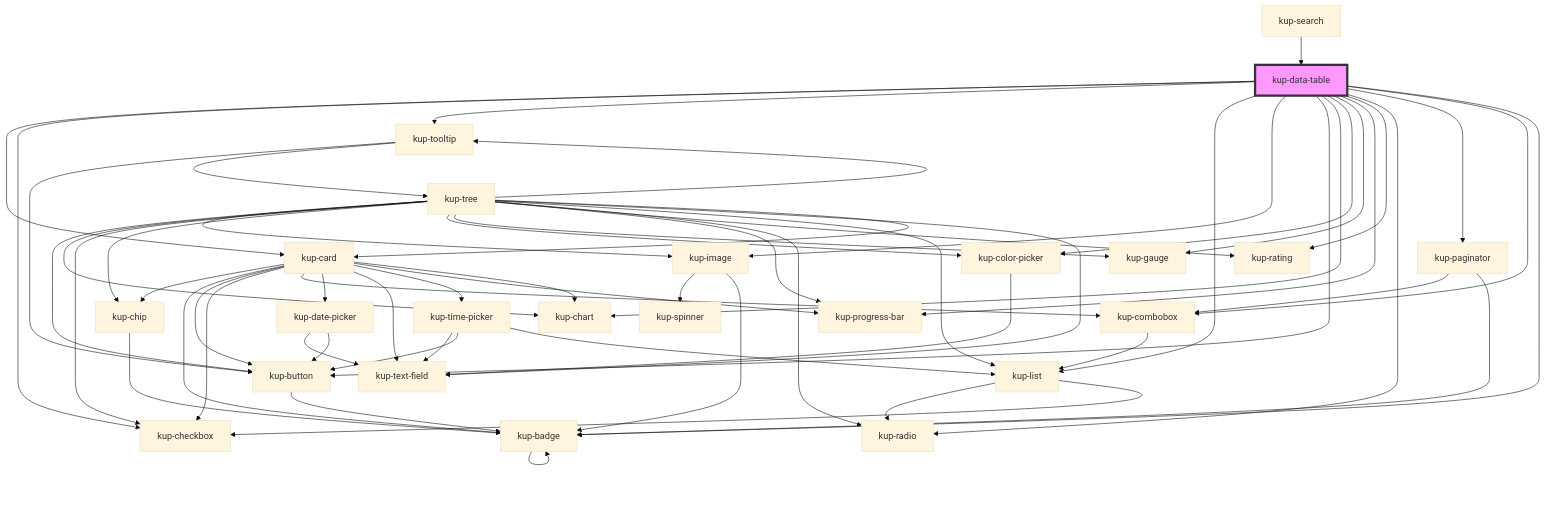
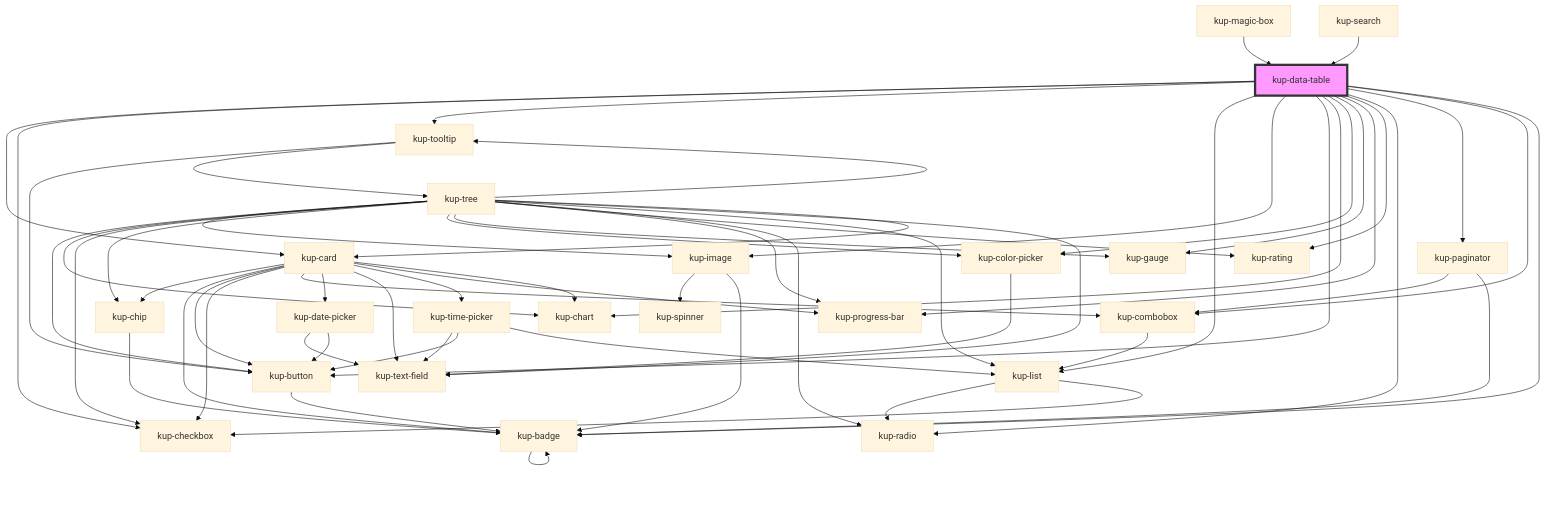
Before and after one commit to smeup/ketchup: the diagram in packages/ketchup/src/components/kup-data-table/readme.md, drawn with Mermaid (base theme). The commit also changed other lines of this file and 7 other files, not shown here.

````diff
--- a/packages/ketchup/src/components/kup-data-table/readme.md
+++ b/packages/ketchup/src/components/kup-data-table/readme.md
@@ -222,62 +223,63 @@
 ```mermaid
 graph TD;
   kup-data-table --> kup-card
   kup-data-table --> kup-checkbox
   kup-data-table --> kup-tooltip
   kup-data-table --> kup-list
   kup-data-table --> kup-image
   kup-data-table --> kup-button
   kup-data-table --> kup-chart
   kup-data-table --> kup-color-picker
   kup-data-table --> kup-gauge
   kup-data-table --> kup-progress-bar
   kup-data-table --> kup-rating
   kup-data-table --> kup-radio
   kup-data-table --> kup-paginator
   kup-data-table --> kup-combobox
   kup-data-table --> kup-badge
   kup-card --> kup-chip
   kup-card --> kup-badge
   kup-card --> kup-button
   kup-card --> kup-checkbox
   kup-card --> kup-combobox
   kup-card --> kup-date-picker
   kup-card --> kup-text-field
   kup-card --> kup-time-picker
   kup-card --> kup-progress-bar
   kup-card --> kup-chart
   kup-chip --> kup-badge
   kup-badge --> kup-badge
   kup-button --> kup-badge
   kup-combobox --> kup-list
   kup-list --> kup-radio
   kup-list --> kup-checkbox
   kup-date-picker --> kup-text-field
   kup-date-picker --> kup-button
   kup-time-picker --> kup-text-field
   kup-time-picker --> kup-button
   kup-time-picker --> kup-list
   kup-tooltip --> kup-button
   kup-tooltip --> kup-tree
   kup-tree --> kup-image
   kup-tree --> kup-button
   kup-tree --> kup-chart
   kup-tree --> kup-checkbox
   kup-tree --> kup-chip
   kup-tree --> kup-color-picker
   kup-tree --> kup-gauge
   kup-tree --> kup-progress-bar
   kup-tree --> kup-rating
   kup-tree --> kup-radio
   kup-tree --> kup-tooltip
   kup-tree --> kup-list
   kup-tree --> kup-text-field
   kup-tree --> kup-card
   kup-image --> kup-spinner
   kup-image --> kup-badge
   kup-color-picker --> kup-text-field
   kup-paginator --> kup-combobox
   kup-paginator --> kup-badge
+  kup-magic-box --> kup-data-table
   kup-search --> kup-data-table
   style kup-data-table fill:#f9f,stroke:#333,stroke-width:4px
 ```
````
